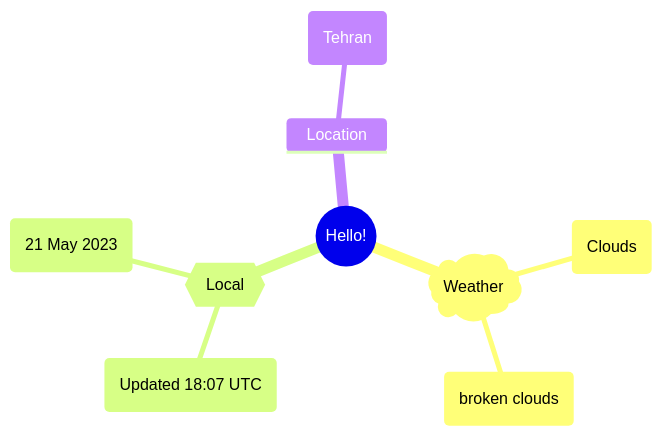
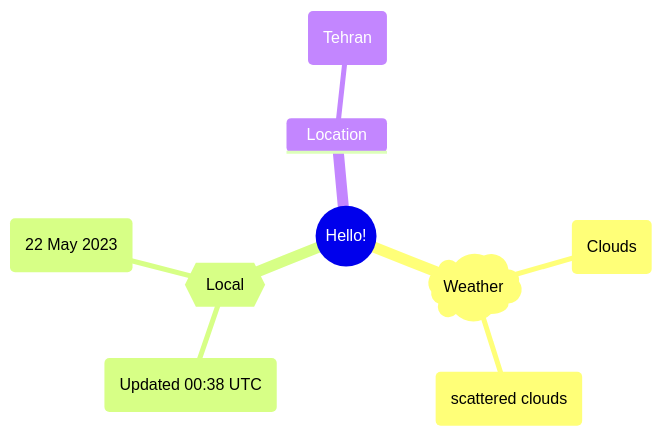
Before and after one commit to Xosrov/Xosrov: the first of 2 diagrams in README.md, drawn with Mermaid.

Commit message:
[bot] updated images

````diff
--- a/README.md
+++ b/README.md
@@ -3,12 +3,12 @@
 ```mermaid
 mindmap
   root((Hello!))
     )Weather(
         (Clouds)
-        (broken clouds)
+        (scattered clouds)
     {{Local}}
-        (Updated 18:07 UTC)
-        (21 May 2023)
+        (Updated 00:38 UTC)
+        (22 May 2023)
     Location
         (Tehran)
 ```
````
